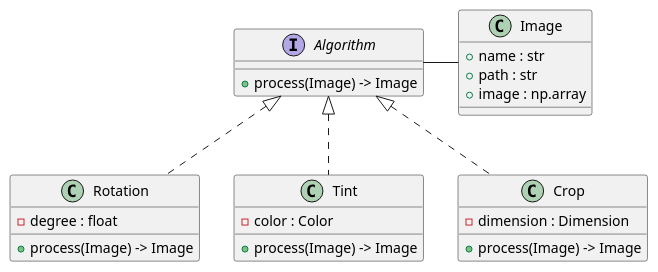
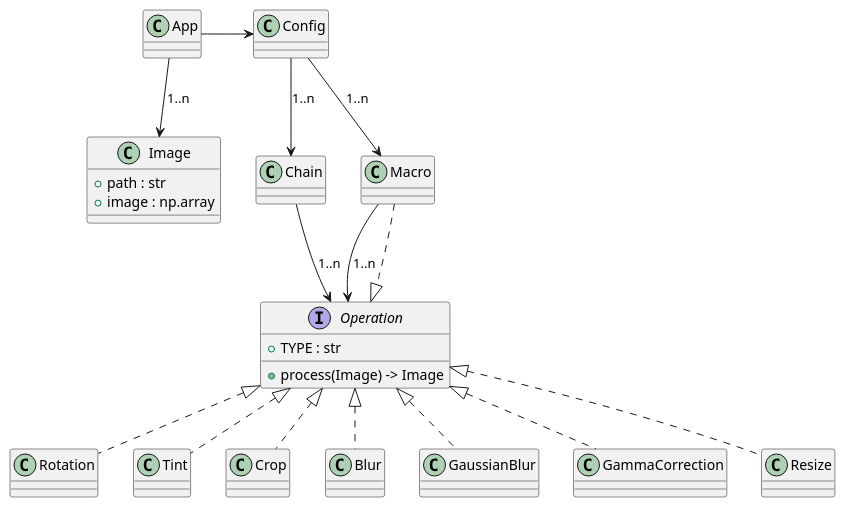
One commit to dvpv/iat changed the diagram in docs/diagrams/classes.pu. Above: the diagram before and after it, drawn with PlantUML. The commit also changed 5 other files, not shown here.

```diff
--- a/docs/diagrams/classes.pu
+++ b/docs/diagrams/classes.pu
@@ -1,40 +1,48 @@
 @startuml classes
 
-interface Algorithm
+class App
+
+class Image
 {
+    +path : str
+    +image : np.array
+}
+
+class Config
+class Chain
+
+interface Operation
+{
+    + TYPE : str
     +process(Image) -> Image
 }
 
 class Rotation
-{
-    -degree : float
-    +process(Image) -> Image
-}
+class Tint
+class Crop
+class Blur
+class GaussianBlur
+class GammaCorrection
+class Resize
+class Macro
 
-class Tint
-{
-    -color : Color
-    +process(Image) -> Image
-}
+App --> Image : 1..n
+App -> Config
 
-class Crop
-{
-    {field}-dimension : Dimension
-    +process(Image) -> Image
-}
+Config --> Chain : 1..n
+Config --> Macro : 1..n
 
-class Image
-{
-    +name : str
-    +path : str
-    +image : np.array
-}
+Chain --> Operation : 1..n
+Macro --> Operation : 1..n
 
-Algorithm - Image
-Algorithm <|.. Rotation
-Algorithm <|.. Tint
-Algorithm <|.. Crop
-
+Operation <|.. Rotation
+Operation <|.. Tint
+Operation <|.. Crop
+Operation <|.. Blur
+Operation <|.. GaussianBlur
+Operation <|.. GammaCorrection
+Operation <|.. Resize
+Macro ..|> Operation
 
 
 @enduml
```
